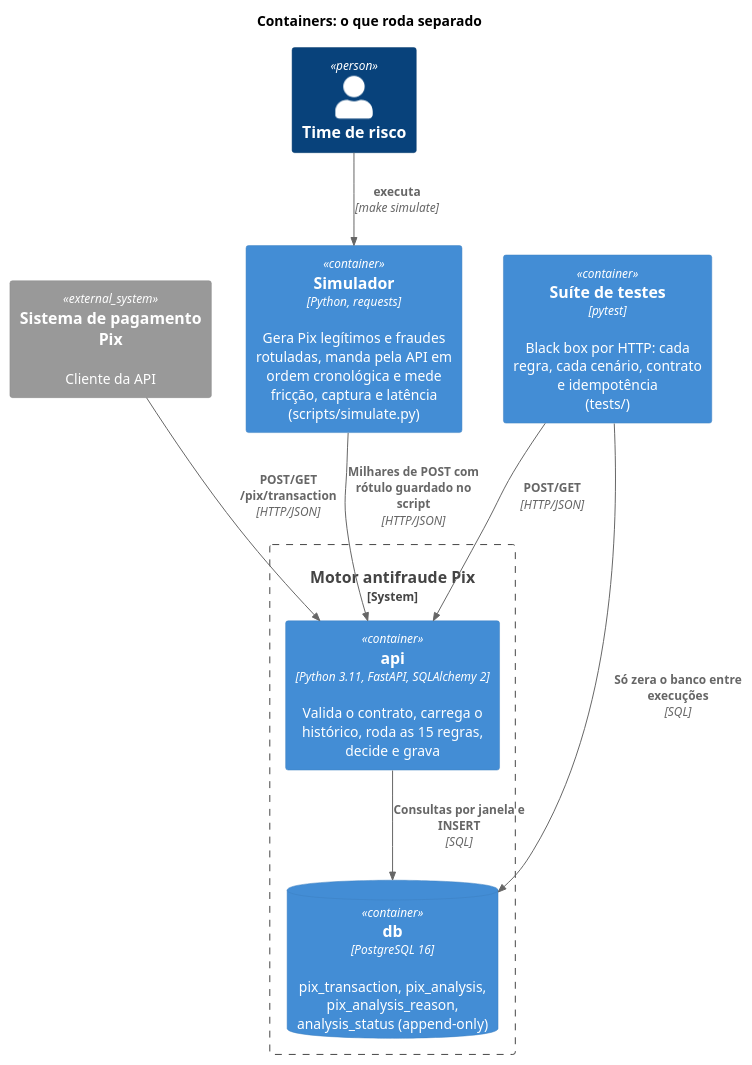
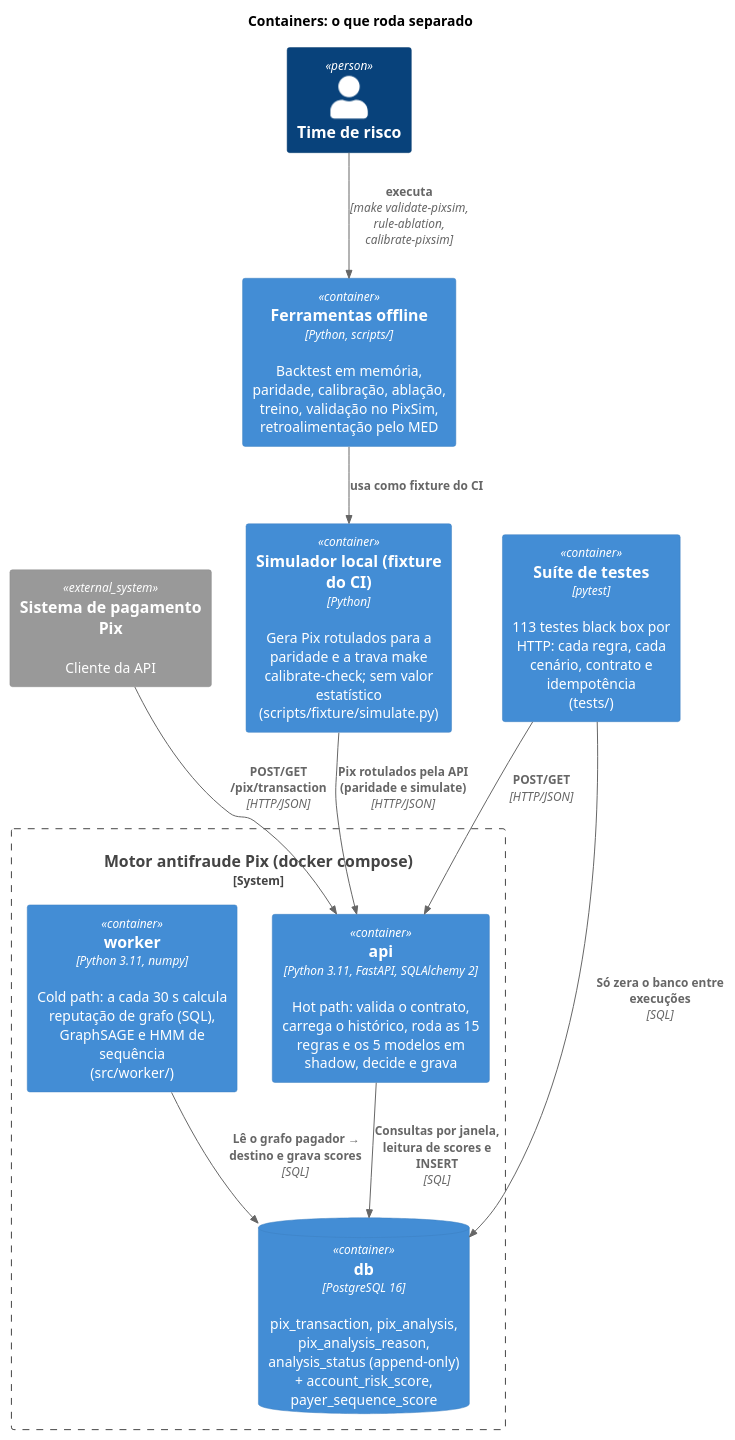
The diagram in docs/02-arquitetura/diagramas/c4-containers.puml (phprestes/Hackathon-Anti-Fraud-Pix), drawn with PlantUML before and after one commit. The commit also changed 9 other files, not shown here.

```diff
--- a/docs/02-arquitetura/diagramas/c4-containers.puml
+++ b/docs/02-arquitetura/diagramas/c4-containers.puml
@@ -1,24 +1,28 @@
 @startuml
 !include https://raw.githubusercontent.com/plantuml-stdlib/C4-PlantUML/master/C4_Container.puml
 
 title Containers: o que roda separado
 
 System_Ext(pagamento, "Sistema de pagamento Pix", "Cliente da API")
 Person(risco, "Time de risco")
 
-System_Boundary(motor_boundary, "Motor antifraude Pix") {
-    Container(api, "api", "Python 3.11, FastAPI, SQLAlchemy 2", "Valida o contrato, carrega o histórico, roda as 15 regras, decide e grava")
-    ContainerDb(db, "db", "PostgreSQL 16", "pix_transaction, pix_analysis, pix_analysis_reason, analysis_status (append-only)")
+System_Boundary(motor_boundary, "Motor antifraude Pix (docker compose)") {
+    Container(api, "api", "Python 3.11, FastAPI, SQLAlchemy 2", "Hot path: valida o contrato, carrega o histórico, roda as 15 regras e os 5 modelos em shadow, decide e grava")
+    Container(worker, "worker", "Python 3.11, numpy", "Cold path: a cada 30 s calcula reputação de grafo (SQL), GraphSAGE e HMM de sequência\n(src/worker/)")
+    ContainerDb(db, "db", "PostgreSQL 16", "pix_transaction, pix_analysis, pix_analysis_reason, analysis_status (append-only) + account_risk_score, payer_sequence_score")
 }
 
-Container(sim, "Simulador", "Python, requests", "Gera Pix legítimos e fraudes rotuladas, manda pela API em ordem cronológica e mede fricção, captura e latência\n(scripts/simulate.py)")
-Container(tests, "Suíte de testes", "pytest", "Black box por HTTP: cada regra, cada cenário, contrato e idempotência\n(tests/)")
+Container(offline, "Ferramentas offline", "Python, scripts/", "Backtest em memória, paridade, calibração, ablação, treino, validação no PixSim, retroalimentação pelo MED")
+Container(sim, "Simulador local (fixture do CI)", "Python", "Gera Pix rotulados para a paridade e a trava make calibrate-check; sem valor estatístico\n(scripts/fixture/simulate.py)")
+Container(tests, "Suíte de testes", "pytest", "113 testes black box por HTTP: cada regra, cada cenário, contrato e idempotência\n(tests/)")
 
 Rel(pagamento, api, "POST/GET /pix/transaction", "HTTP/JSON")
-Rel(api, db, "Consultas por janela e INSERT", "SQL")
-Rel(risco, sim, "executa", "make simulate")
-Rel(sim, api, "Milhares de POST com rótulo guardado no script", "HTTP/JSON")
+Rel(api, db, "Consultas por janela, leitura de scores e INSERT", "SQL")
+Rel(worker, db, "Lê o grafo pagador → destino e grava scores", "SQL")
+Rel(risco, offline, "executa", "make validate-pixsim, rule-ablation, calibrate-pixsim")
+Rel(sim, api, "Pix rotulados pela API (paridade e simulate)", "HTTP/JSON")
+Rel(offline, sim, "usa como fixture do CI")
 Rel(tests, api, "POST/GET", "HTTP/JSON")
 Rel(tests, db, "Só zera o banco entre execuções", "SQL")
 
 @enduml
```
